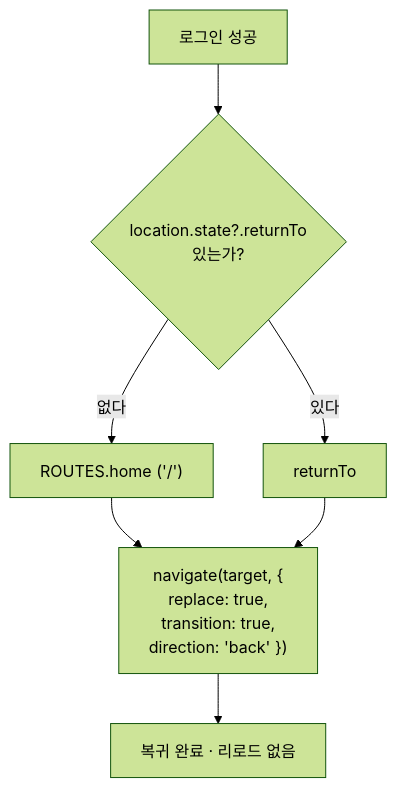
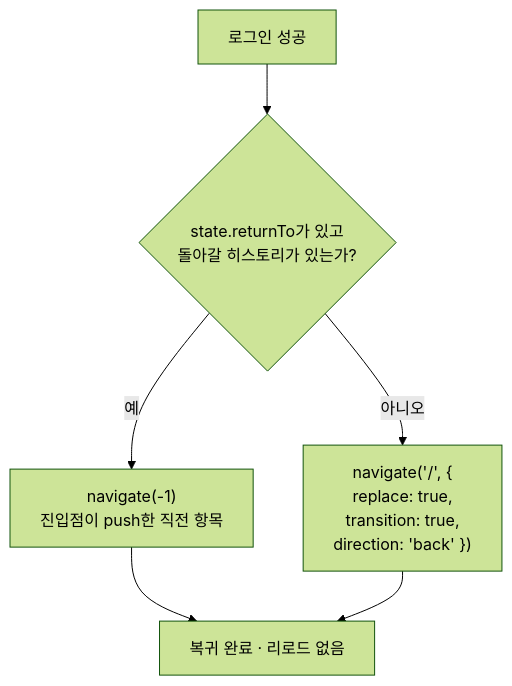
Before and after one commit to lemoncloud-io/dou-app: the third of 4 diagrams in apps/web/docs/feature/auth/login-return.md, drawn with Mermaid (forest theme). The commit also changed other lines of this file and 6 other files, not shown here.

````diff
--- a/apps/web/docs/feature/auth/login-return.md
+++ b/apps/web/docs/feature/auth/login-return.md
@@ -156,9 +159,8 @@
 ```mermaid
 flowchart TD
-    A[로그인 성공] --> B{"location.state?.returnTo<br/>있는가?"}
-    B -- 없다 --> C["ROUTES.home ('/')"]
-    B -- 있다 --> D["returnTo"]
-    C --> E["navigate(target, {<br/>replace: true,<br/>transition: true,<br/>direction: 'back' })"]
+    A[로그인 성공] --> B{"state.returnTo가 있고<br/>돌아갈 히스토리가 있는가?"}
+    B -- 예 --> C["navigate(-1)<br/>진입점이 push한 직전 항목"]
+    B -- 아니오 --> D["navigate('/', {<br/>replace: true,<br/>transition: true,<br/>direction: 'back' })"]
+    C --> E[복귀 완료 · 리로드 없음]
     D --> E
-    E --> F[복귀 완료 · 리로드 없음]
 ```
````
